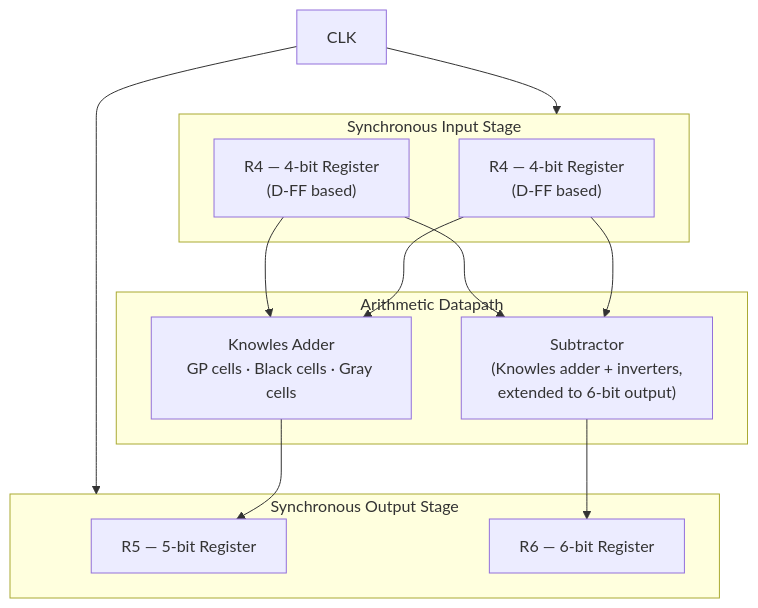
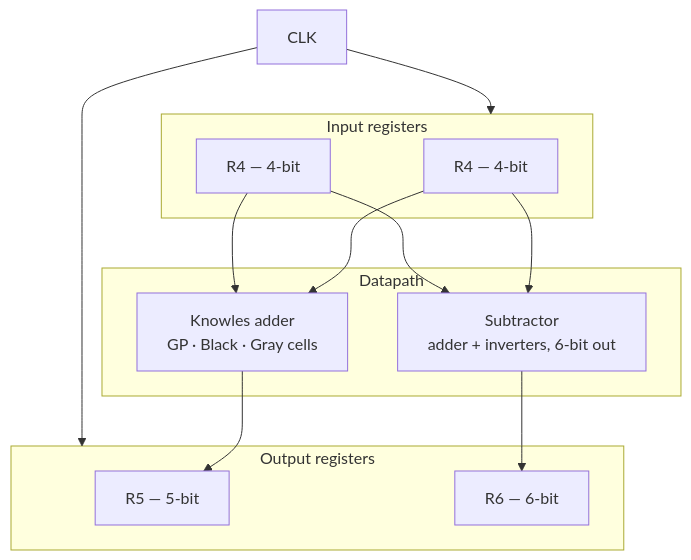
Before and after one commit to jawadsa02/alu-vlsi-gpdk45: the second of 2 diagrams in README.md, drawn with Mermaid. The commit also changed other lines of this file, not shown here.

Commit message:
Rewrite README: human tone, clearer diagrams, improved image layout

````diff
--- a/README.md
+++ b/README.md
@@ -28,24 +36,19 @@
 ```mermaid
 flowchart TB
-    subgraph INPUT["Synchronous Input Stage"]
-        R4a["R4 — 4-bit Register<br/>(D-FF based)"]
-        R4b["R4 — 4-bit Register<br/>(D-FF based)"]
+    subgraph IN["Input registers"]
+        R4a[R4 — 4-bit]
+        R4b[R4 — 4-bit]
     end
-
-    subgraph DATAPATH["Arithmetic Datapath"]
-        A["Knowles Adder<br/>GP cells · Black cells · Gray cells"]
-        S["Subtractor<br/>(Knowles adder + inverters,<br/>extended to 6-bit output)"]
+    subgraph DP["Datapath"]
+        A[Knowles adder<br/>GP · Black · Gray cells]
+        S[Subtractor<br/>adder + inverters, 6-bit out]
     end
-
-    subgraph OUTPUT["Synchronous Output Stage"]
-        R5["R5 — 5-bit Register"]
-        R6["R6 — 6-bit Register"]
+    subgraph OUT["Output registers"]
+        R5[R5 — 5-bit]
+        R6[R6 — 6-bit]
     end
-
-    CLK["CLK"] --> INPUT
-    CLK --> OUTPUT
-    R4a --> A & S
-    R4b --> A & S
+    CLK[CLK] --> IN & OUT
+    R4a & R4b --> A & S
     A --> R5
     S --> R6
 ```
````
